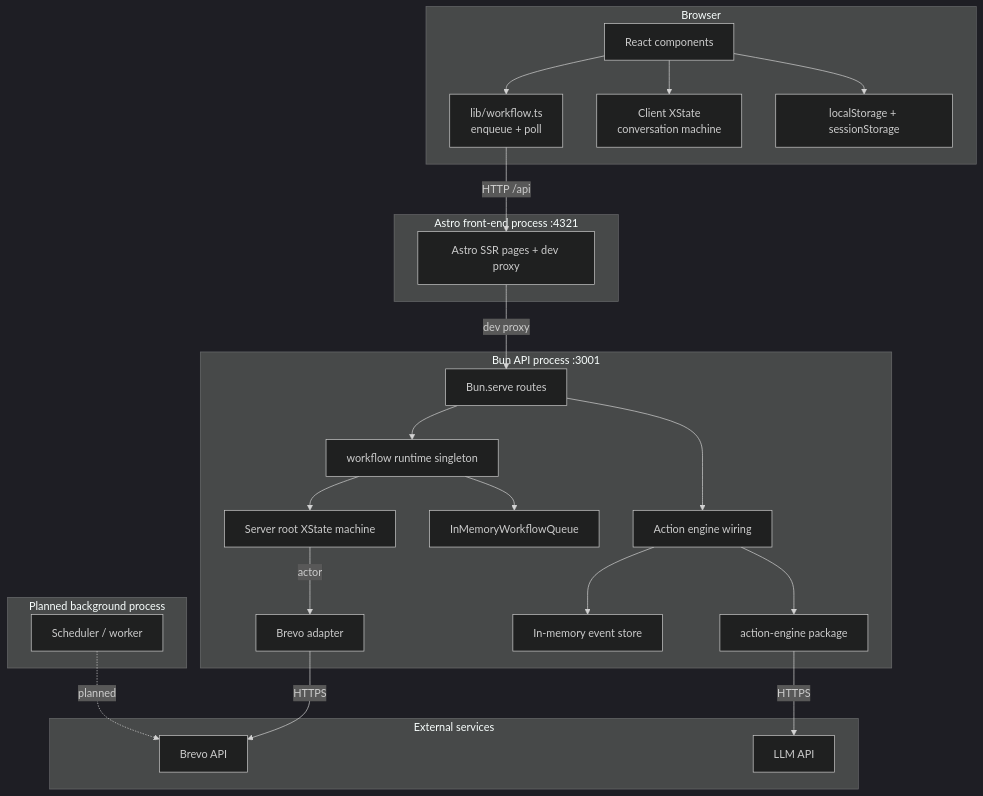
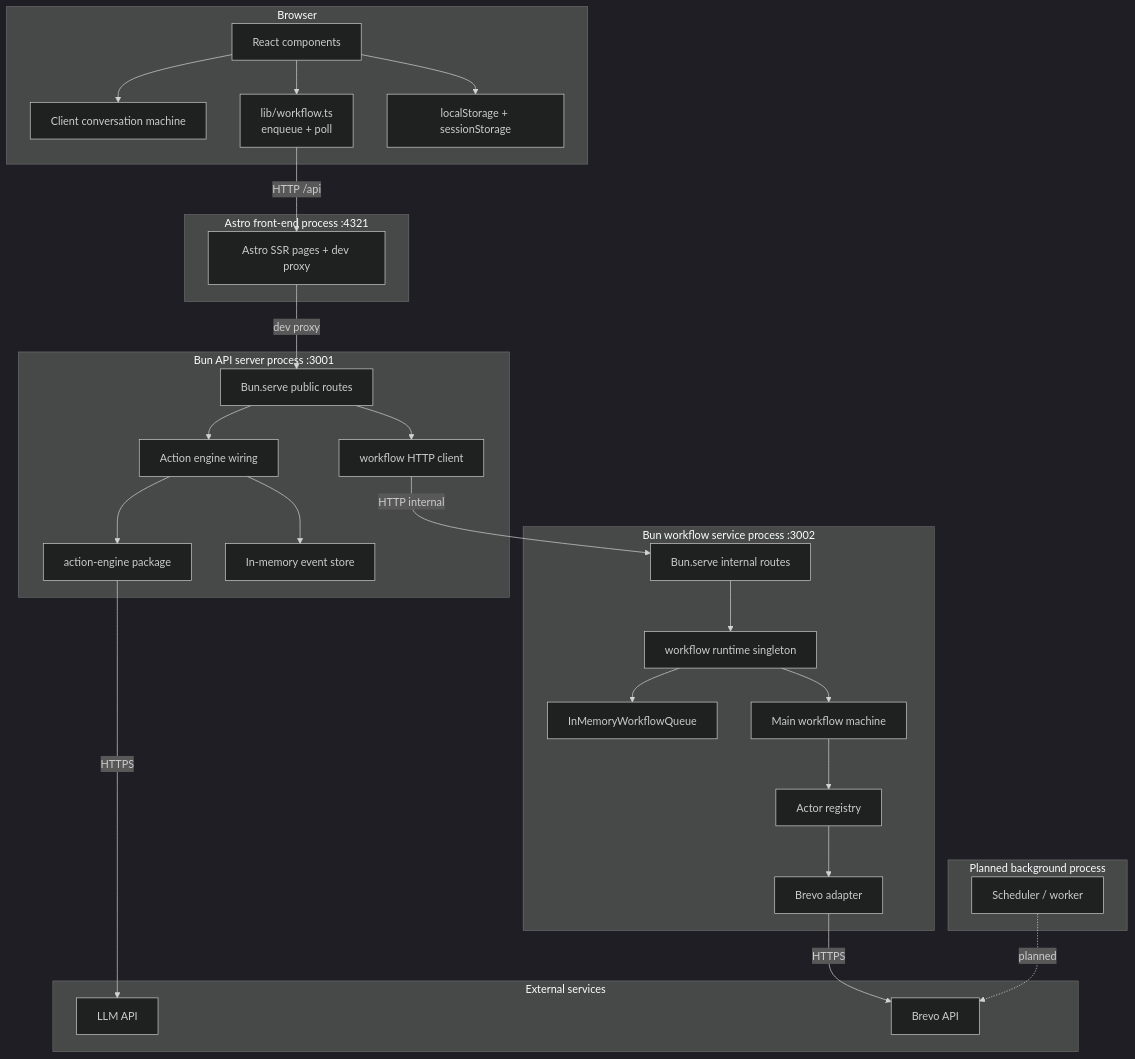
One commit to ranjitd-sys/Workflow changed the seventh of 7 diagrams in docs/SYSTEM_DIAGRAM.md. Above: the diagram before and after it, drawn with Mermaid (dark theme). The commit also changed other lines of this file and 37 other files, not shown here.

Commit message:
feat:added shaparation between server client and the workflow

````diff
--- a/docs/SYSTEM_DIAGRAM.md
+++ b/docs/SYSTEM_DIAGRAM.md
@@ -443,49 +343,58 @@
 ```mermaid
 flowchart TB
   subgraph BrowserProcess["Browser"]
     React["React components"]
-    ClientMachine["Client XState<br/>conversation machine"]
+    ClientMachine["Client conversation machine"]
     ClientWorkflow["lib/workflow.ts<br/>enqueue + poll"]
     LocalData["localStorage + sessionStorage"]
   end
 
   subgraph AstroProcess["Astro front-end process :4321"]
     AstroRoutes["Astro SSR pages + dev proxy"]
   end
 
-  subgraph BunProcess["Bun API process :3001"]
-    ApiRoutes["Bun.serve routes"]
+  subgraph ApiProcess["Bun API server process :3001"]
+    ApiRoutes["Bun.serve public routes"]
     ActionWiring["Action engine wiring"]
     ActionPackage["action-engine package"]
+    WorkflowClient["workflow HTTP client"]
+    MemoryEvents["In-memory event store"]
+  end
+
+  subgraph WorkflowProcess["Bun workflow service process :3002"]
+    WorkflowRoutes["Bun.serve internal routes"]
     Runtime["workflow runtime singleton"]
     Queue["InMemoryWorkflowQueue"]
-    RootMachine["Server root XState machine"]
+    MainMachine["Main workflow machine"]
+    Actors["Actor registry"]
     BrevoAdapter["Brevo adapter"]
-    MemoryEvents["In-memory event store"]
   end
 
   subgraph PlannedProcess["Planned background process"]
     Scheduler["Scheduler / worker"]
   end
 
   subgraph ExternalServices["External services"]
     LLM["LLM API"]
     Brevo["Brevo API"]
   end
 
   React --> LocalData
   React --> ClientMachine
   React --> ClientWorkflow
   ClientWorkflow -->|"HTTP /api"| AstroRoutes
   AstroRoutes -->|"dev proxy"| ApiRoutes
   ApiRoutes --> ActionWiring
   ActionWiring --> ActionPackage
   ActionPackage -->|"HTTPS"| LLM
   ActionWiring --> MemoryEvents
-  ApiRoutes --> Runtime
+  ApiRoutes --> WorkflowClient
+  WorkflowClient -->|"HTTP internal"| WorkflowRoutes
+  WorkflowRoutes --> Runtime
   Runtime --> Queue
-  Runtime --> RootMachine
-  RootMachine -->|"actor"| BrevoAdapter
+  Runtime --> MainMachine
+  MainMachine --> Actors
+  Actors --> BrevoAdapter
   BrevoAdapter -->|"HTTPS"| Brevo
   Scheduler -.->|"planned"| Brevo
 ```
````
